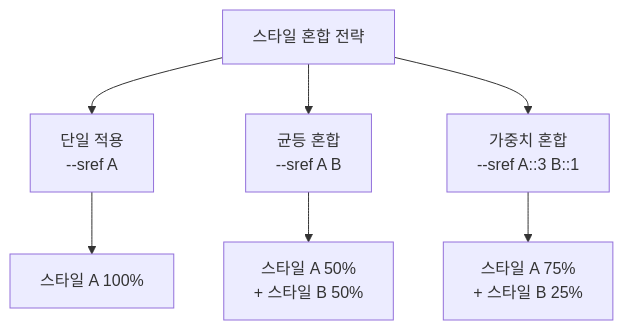
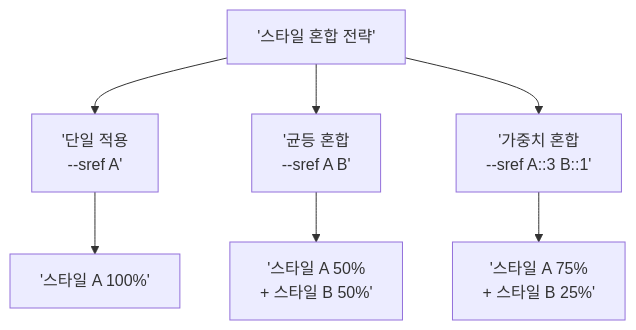
Before and after one commit to jsonpassion/forge-tutorial-promptcanvas: the third of 3 diagrams in 07-ch7-controlnet과-참조-이미지-활용/04-04-midjourney---sref-스타일-레퍼런스.md, drawn with Mermaid. The commit also changed other lines of this file and 63 other files, not shown here.

````diff
--- a/07-ch7-controlnet과-참조-이미지-활용/04-04-midjourney---sref-스타일-레퍼런스.md
+++ b/07-ch7-controlnet과-참조-이미지-활용/04-04-midjourney---sref-스타일-레퍼런스.md
@@ -127,10 +108,9 @@
 ```mermaid
 flowchart TD
-    A["스타일 혼합 전략"] --> B["단일 적용<br/>--sref A"]
-    A --> C["균등 혼합<br/>--sref A B"]
-    A --> D["가중치 혼합<br/>--sref A::3 B::1"]
-    
-    B --> E["스타일 A 100%"]
-    C --> F["스타일 A 50%<br/>+ 스타일 B 50%"]
-    D --> G["스타일 A 75%<br/>+ 스타일 B 25%"]
+    A['스타일 혼합 전략'] --> B['단일 적용<br/>--sref A']
+    A --> C['균등 혼합<br/>--sref A B']
+    A --> D['가중치 혼합<br/>--sref A::3 B::1']
+    B --> E['스타일 A 100%']
+    C --> F['스타일 A 50%<br/>+ 스타일 B 50%']
+    D --> G['스타일 A 75%<br/>+ 스타일 B 25%']
 ```
````
